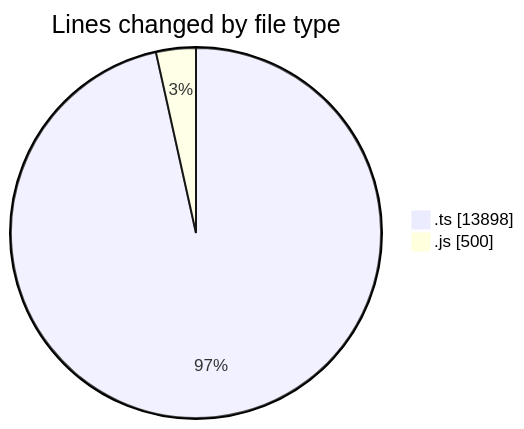
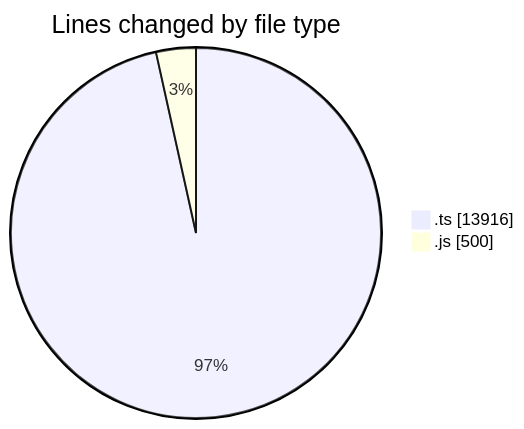
One commit to momahboobian/code-tracking changed the first of 2 diagrams in 2025-06-26/cda/README.md. Above: the diagram before and after it, drawn with Mermaid. The commit also changed other lines of this file and 1 other file, not shown here.

````diff
--- a/2025-06-26/cda/README.md
+++ b/2025-06-26/cda/README.md
@@ -25,6 +25,6 @@
 ```mermaid
 pie showData
 title Lines changed by file type
-".ts" : 13898
+".ts" : 13916
 ".js" : 500
 ```
````
